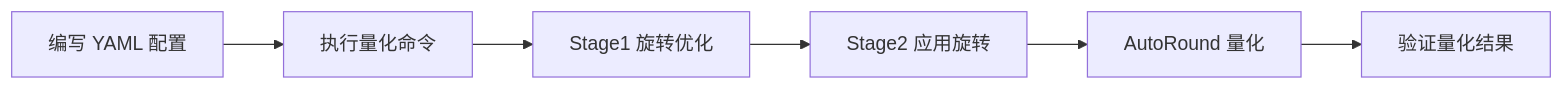
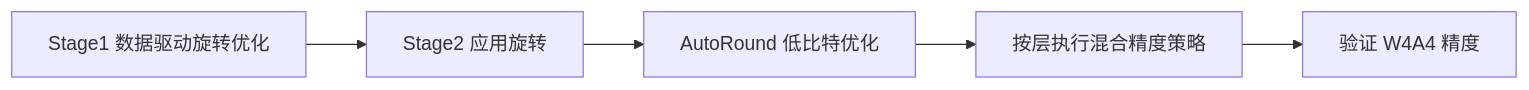
Before and after one commit to mindstudio-docs/master: the diagram in msmodelslim/docs/zh/knowledge_base/quantization_algorithms/laos/usage_laos.md, drawn with Mermaid. The commit also changed other lines of this file and 73 other files, not shown here.

````diff
--- a/msmodelslim/docs/zh/knowledge_base/quantization_algorithms/laos/usage_laos.md
+++ b/msmodelslim/docs/zh/knowledge_base/quantization_algorithms/laos/usage_laos.md
@@ -43,8 +24,7 @@
 ```mermaid
 flowchart LR
-    A[编写 YAML 配置] --> B[执行量化命令]
-    B --> C[Stage1 旋转优化]
-    C --> D[Stage2 应用旋转]
-    D --> E[AutoRound 量化]
-    E --> F[验证量化结果]
+    A[Stage1 数据驱动旋转优化] --> B[Stage2 应用旋转]
+    B[Stage2 应用旋转] --> C[AutoRound 低比特优化]
+    C[AutoRound 低比特优化] --> D[按层执行混合精度策略]
+    D[按层执行混合精度策略] --> E[验证 W4A4 精度]
 ```
````
